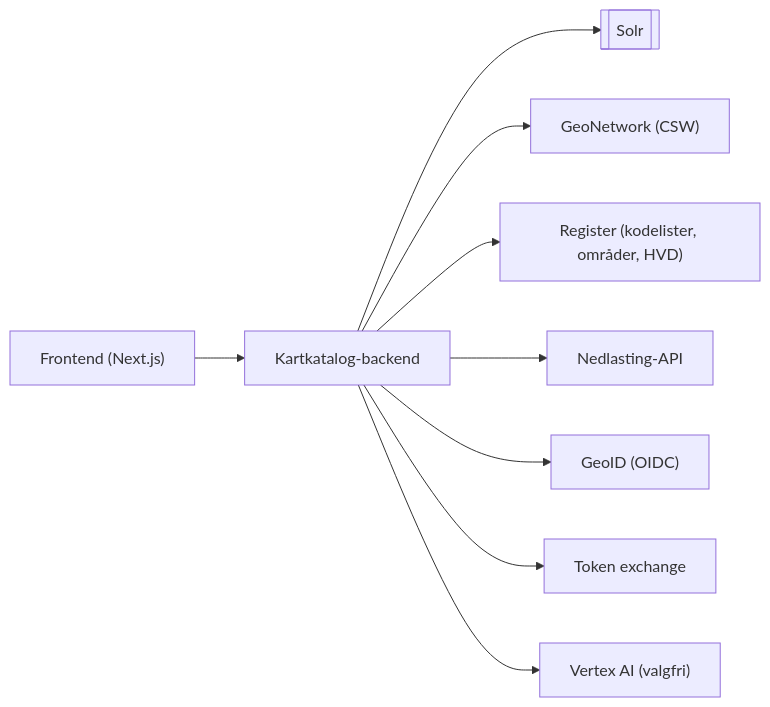
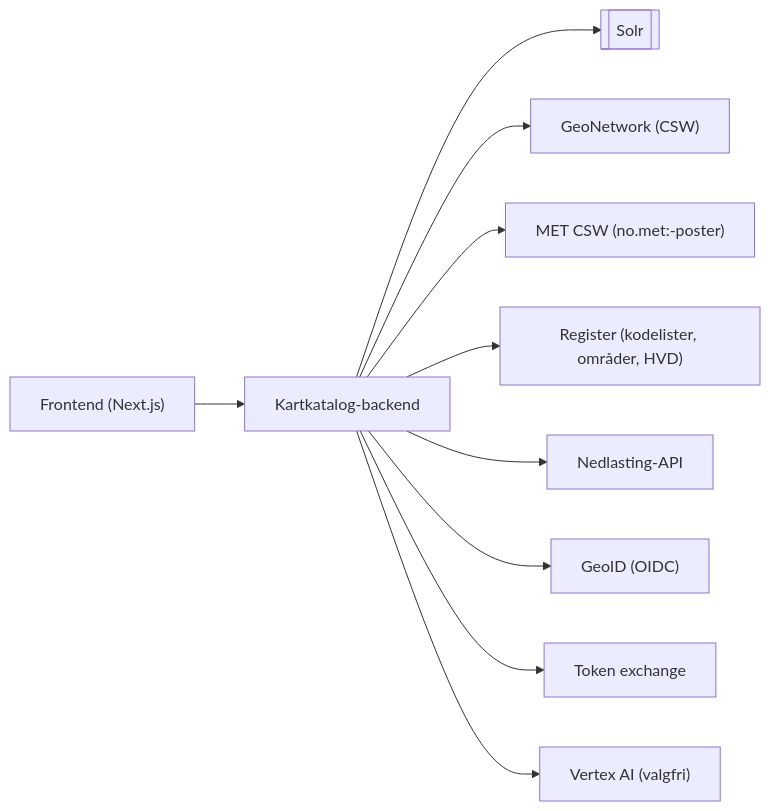
The diagram in backend/docs/backend.md (kartverket/geonorge-kartkatalog), drawn with Mermaid before and after one commit. The commit also changed other lines of this file and 16 other files, not shown here.

````diff
--- a/backend/docs/backend.md
+++ b/backend/docs/backend.md
@@ -27,11 +27,12 @@
 ```mermaid
 flowchart LR
     FE["Frontend (Next.js)"] --> BE["Kartkatalog-backend"]
     BE --> Solr[["Solr"]]
     BE --> GN["GeoNetwork (CSW)"]
+    BE --> MET["MET CSW (no.met:-poster)"]
     BE --> Reg["Register (kodelister, områder, HVD)"]
     BE --> Ned["Nedlasting-API"]
     BE --> GeoID["GeoID (OIDC)"]
     BE --> Texas["Token exchange"]
     BE --> Vertex["Vertex AI (valgfri)"]
 ```
````
